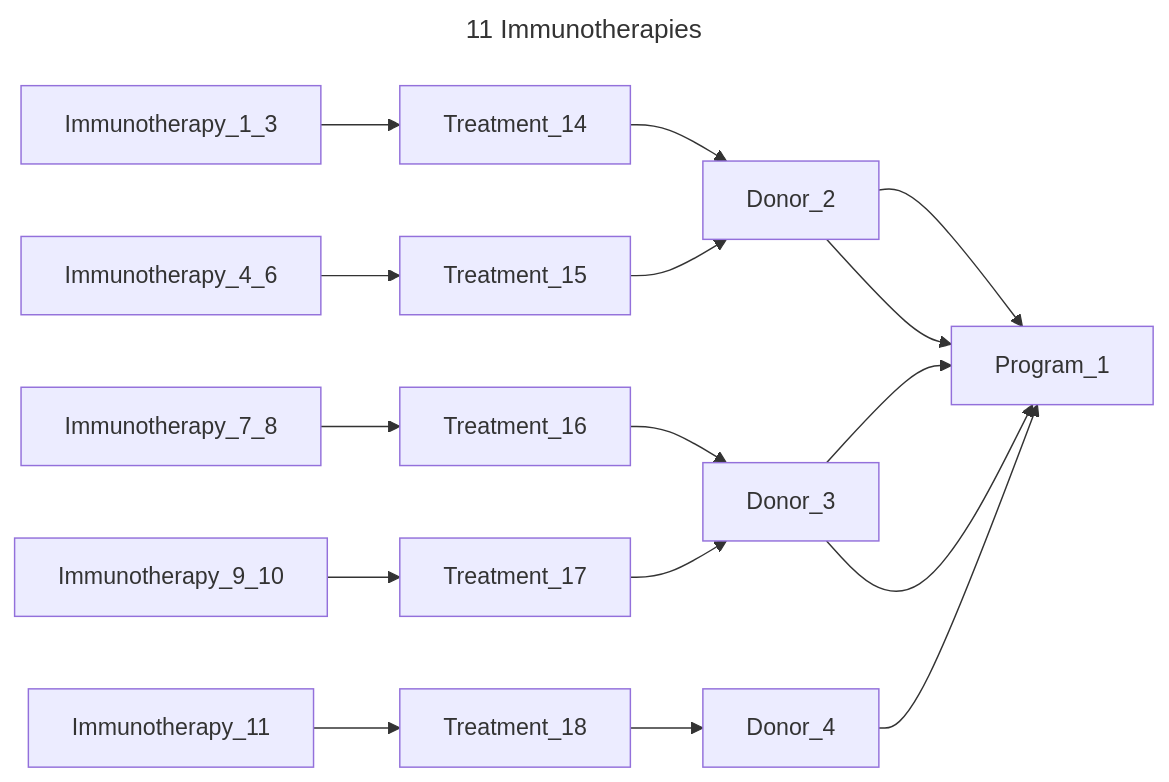
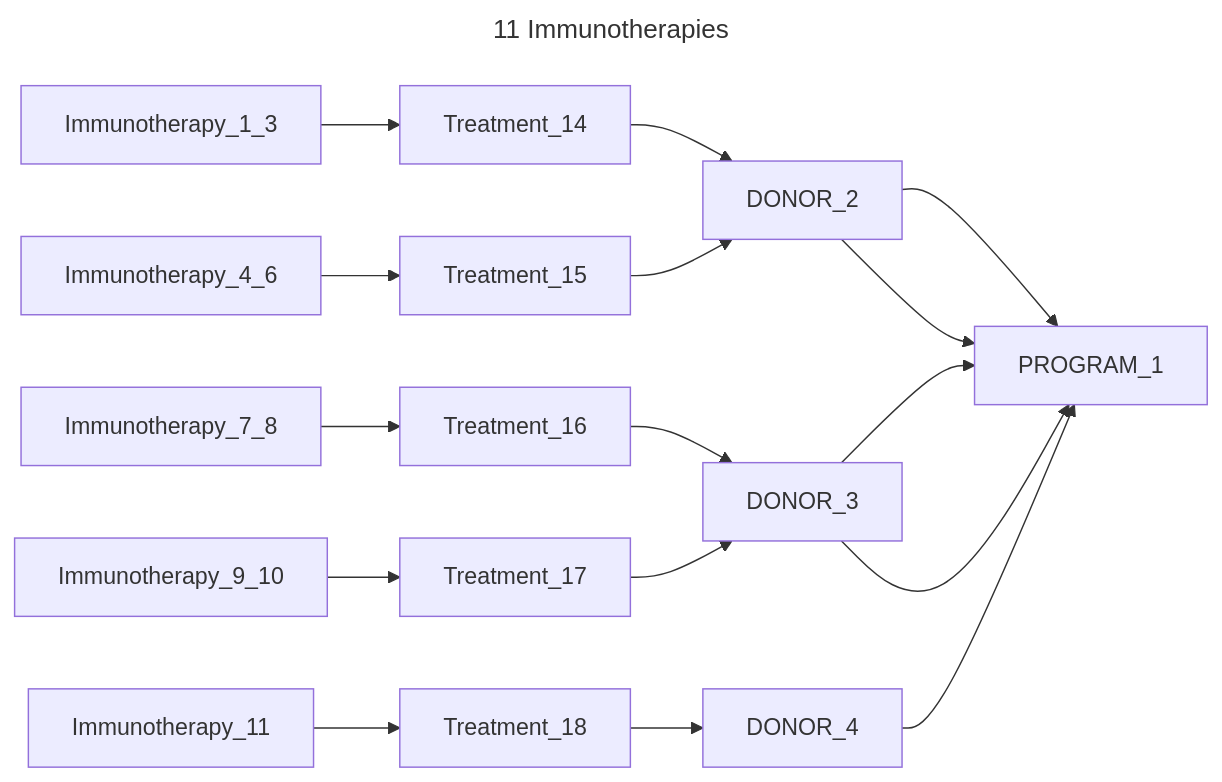
One commit to CanDIG/katsu changed the eighth of 14 diagrams in chord_metadata_service/mohpackets/data/small_dataset/README.md. Above: the diagram before and after it, drawn with Mermaid. The commit also changed other lines of this file and 2 other files, not shown here.

Commit message:
check mermaid diagrams

````diff
--- a/chord_metadata_service/mohpackets/data/small_dataset/README.md
+++ b/chord_metadata_service/mohpackets/data/small_dataset/README.md
@@ -134,11 +142,11 @@
 ```mermaid
 ---
 title: 11 Immunotherapies
 ---
 graph LR;  
-  Immunotherapy_1_3 --> Treatment_14 --> Donor_2 --> Program_1; 
-  Immunotherapy_4_6 --> Treatment_15 --> Donor_2 --> Program_1;  
-  Immunotherapy_7_8 --> Treatment_16 --> Donor_3 --> Program_1;  
-  Immunotherapy_9_10 --> Treatment_17 --> Donor_3 --> Program_1;  
-  Immunotherapy_11 --> Treatment_18 --> Donor_4 --> Program_1;   
+  Immunotherapy_1_3 --> Treatment_14 --> DONOR_2 --> PROGRAM_1; 
+  Immunotherapy_4_6 --> Treatment_15 --> DONOR_2 --> PROGRAM_1;  
+  Immunotherapy_7_8 --> Treatment_16 --> DONOR_3 --> PROGRAM_1;  
+  Immunotherapy_9_10 --> Treatment_17 --> DONOR_3 --> PROGRAM_1;  
+  Immunotherapy_11 --> Treatment_18 --> DONOR_4 --> PROGRAM_1;   
 ```
````
